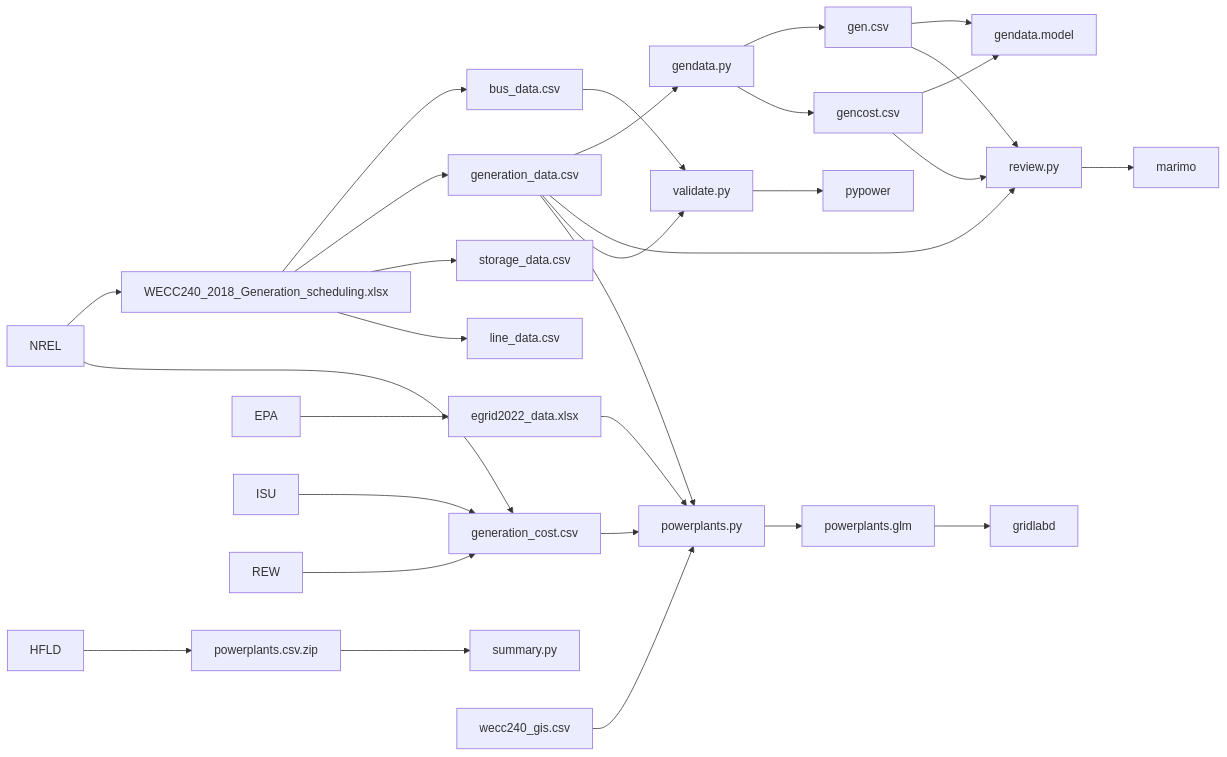
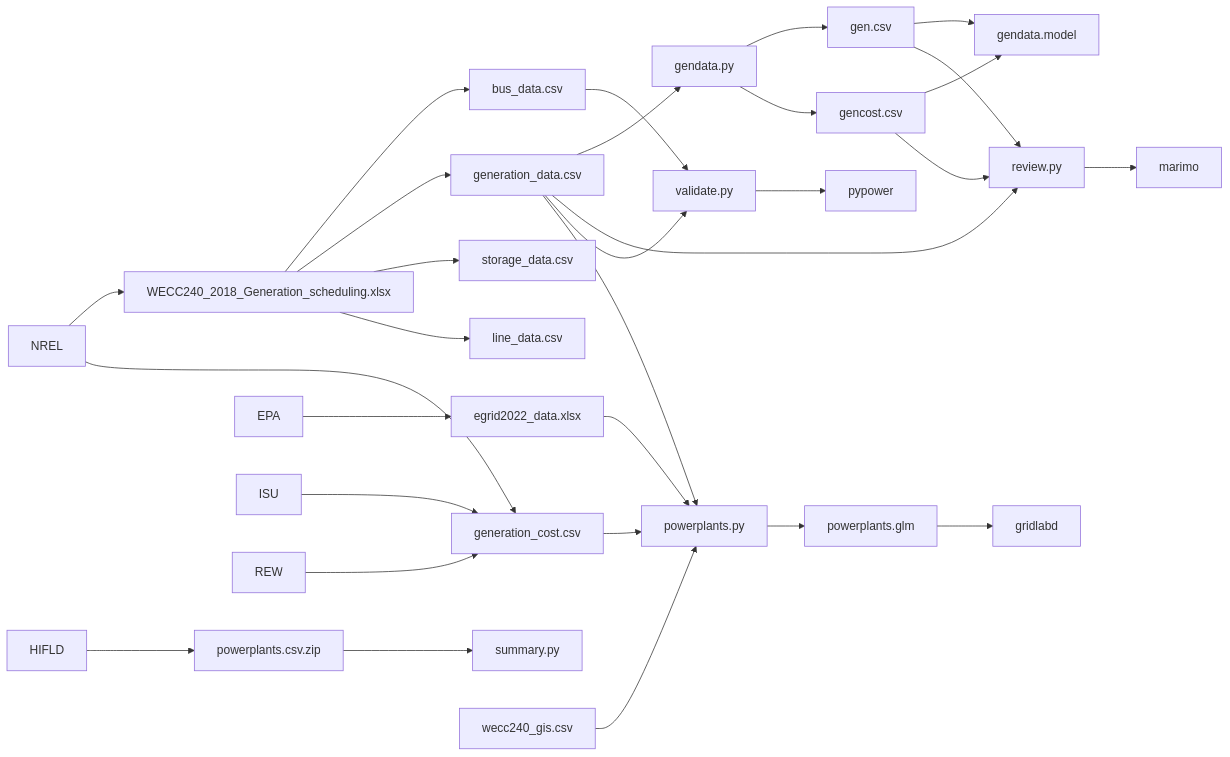
The diagram in generation_modeling/README.md (slacgismo/regrow), drawn with Mermaid before and after one commit.

````diff
--- a/generation_modeling/README.md
+++ b/generation_modeling/README.md
@@ -64,32 +64,32 @@
 ```mermaid
 graph LR
     bus_data.csv --> validate.py
     gen.csv --> gendata.model
     gen.csv --> review.py
     gencost.csv --> gendata.model
     gencost.csv --> review.py
     gendata.py --> gen.csv
     gendata.py --> gencost.csv
     generation_cost.csv --> powerplants.py
     generation_data.csv --> gendata.py
     generation_data.csv --> review.py
     generation_data.csv --> validate.py
     generation_data.csv --> powerplants.py
     powerplants.csv.zip --> summary.py
     powerplants.py --> powerplants.glm
     WECC240_2018_Generation_scheduling.xlsx --> bus_data.csv
     WECC240_2018_Generation_scheduling.xlsx --> generation_data.csv
     WECC240_2018_Generation_scheduling.xlsx --> storage_data.csv
     WECC240_2018_Generation_scheduling.xlsx --> line_data.csv
     egrid2022_data.xlsx --> powerplants.py
     wecc240_gis.csv --> powerplants.py
-    HFLD --> powerplants.csv.zip
+    HIFLD --> powerplants.csv.zip
     EPA --> egrid2022_data.xlsx
     NREL --> WECC240_2018_Generation_scheduling.xlsx
     ISU --> generation_cost.csv
     NREL --> generation_cost.csv
     REW --> generation_cost.csv
     validate.py --> pypower
     powerplants.glm --> gridlabd
     review.py --> marimo
 ```
````
